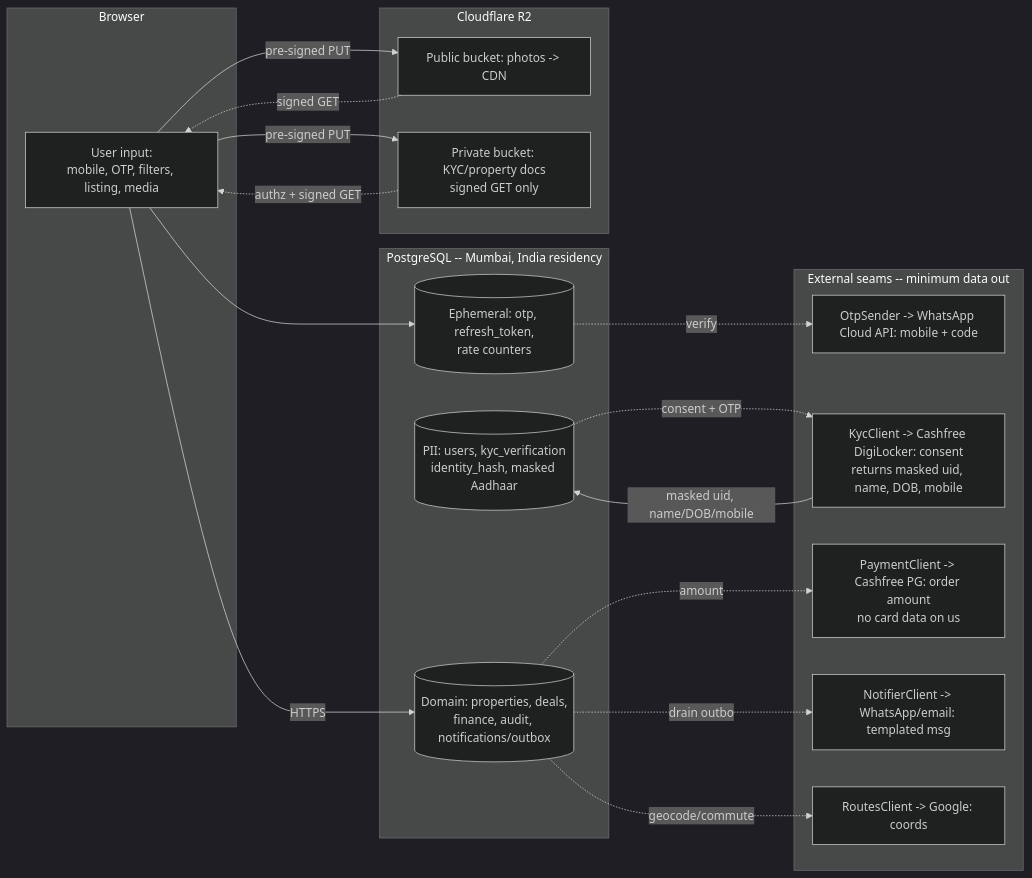
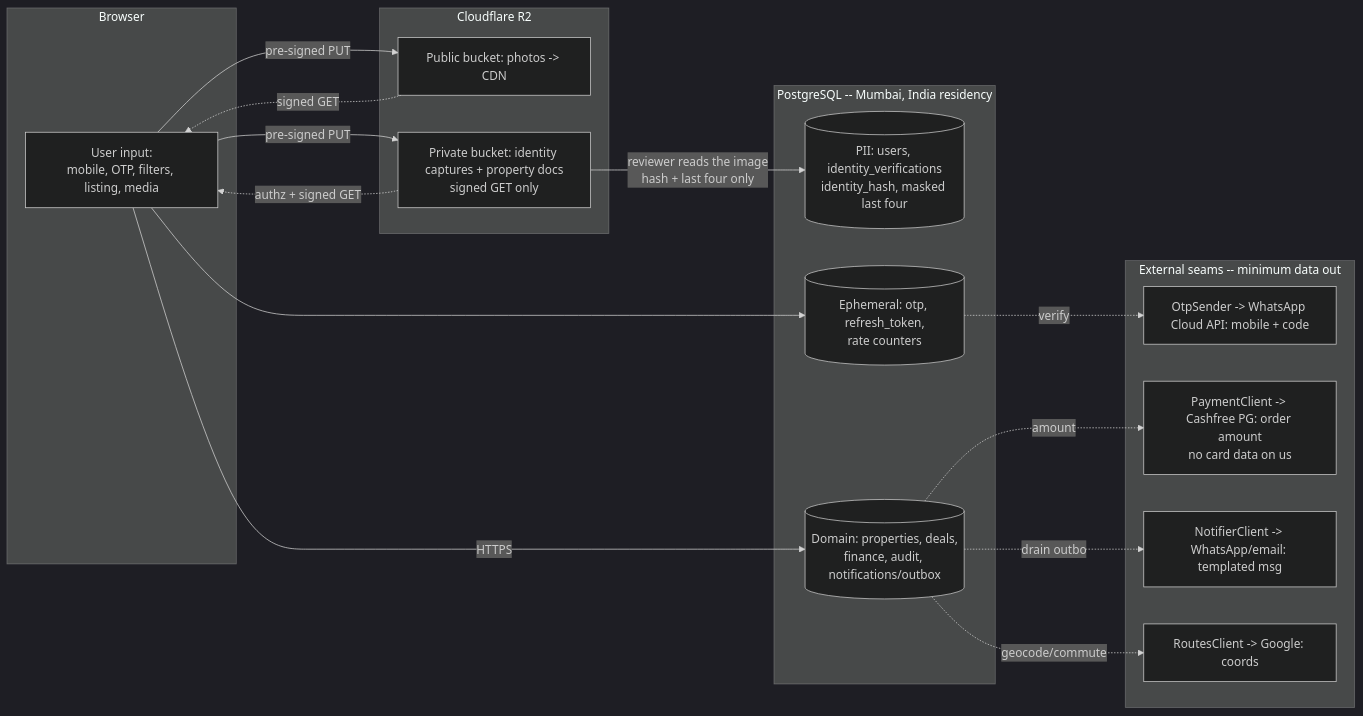
One commit to yatishpatil101/Learning changed the fifth of 11 diagrams in docs/system/platform-architecture.md. Above: the diagram before and after it, drawn with Mermaid (dark theme). The commit also changed other lines of this file and 50 other files, not shown here.

````diff
--- a/docs/system/platform-architecture.md
+++ b/docs/system/platform-architecture.md
@@ -428,38 +426,36 @@
 ```mermaid
 flowchart LR
     subgraph Client[Browser]
         U[User input:<br/>mobile, OTP, filters, listing, media]
     end
 
     subgraph Store[PostgreSQL -- Mumbai, India residency]
-        PII[(PII: users, kyc_verification<br/>identity_hash, masked Aadhaar)]
+        PII[(PII: users, identity_verifications<br/>identity_hash, masked last four)]
         DOMAIN[(Domain: properties, deals,<br/>finance, audit, notifications/outbox)]
         EPH[(Ephemeral: otp, refresh_token,<br/>rate counters)]
     end
 
     subgraph Media[Cloudflare R2]
         PUB[Public bucket: photos -> CDN]
-        PRIV[Private bucket: KYC/property docs<br/>signed GET only]
+        PRIV[Private bucket: identity captures + property docs<br/>signed GET only]
     end
 
     subgraph Ext[External seams -- minimum data out]
         SMS[OtpSender -> WhatsApp Cloud API: mobile + code]
-        KYC[KycClient -> Cashfree DigiLocker: consent<br/>returns masked uid, name, DOB, mobile]
         PAY[PaymentClient -> Cashfree PG: order amount<br/>no card data on us]
         NOT[NotifierClient -> WhatsApp/email: templated msg]
         MAP[RoutesClient -> Google: coords]
     end
 
     U -->|HTTPS| DOMAIN
     U --> EPH
     U -->|pre-signed PUT| PUB
     U -->|pre-signed PUT| PRIV
     EPH -.verify.-> SMS
-    PII -.consent + OTP.-> KYC
-    KYC -->|masked uid, name/DOB/mobile| PII
+    PRIV -->|reviewer reads the image<br/>hash + last four only| PII
     DOMAIN -.amount.-> PAY
     DOMAIN -.drain outbox.-> NOT
     DOMAIN -.geocode/commute.-> MAP
     PUB -.signed GET.-> U
     PRIV -.authz + signed GET.-> U
 ```
````
